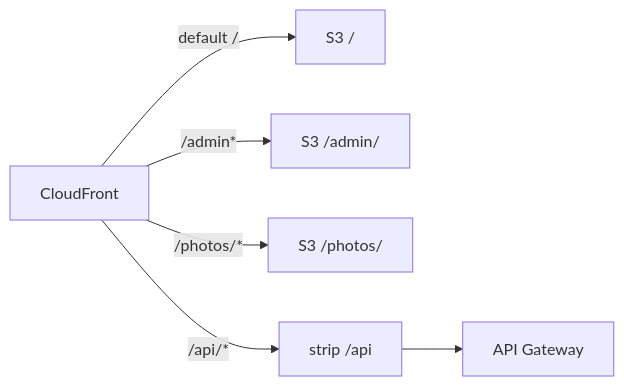
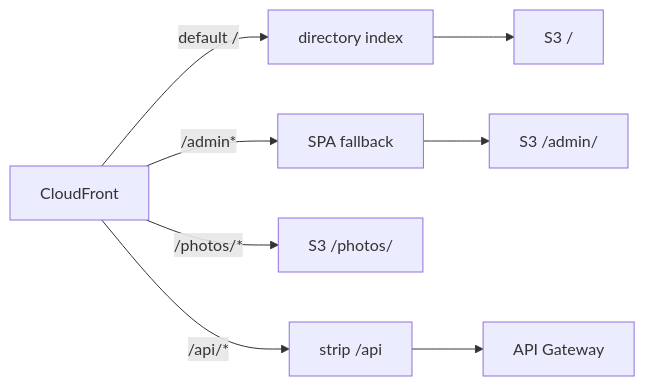
One commit to vasichkin/aws-zero-cost-hosting changed the second of 5 diagrams in docs/DEPLOYMENT.md. Above: the diagram before and after it, drawn with Mermaid. The commit also changed other lines of this file and 15 other files, not shown here.

````diff
--- a/docs/DEPLOYMENT.md
+++ b/docs/DEPLOYMENT.md
@@ -93,7 +99,7 @@
 ```mermaid
 flowchart LR
-  CF[CloudFront] -->|default /| S3Site["S3 /"]
-  CF -->|/admin*| S3Admin["S3 /admin/"]
+  CF[CloudFront] -->|default /| Idx["directory index"] --> S3Site["S3 /"]
+  CF -->|/admin*| Spa["SPA fallback"] --> S3Admin["S3 /admin/"]
   CF -->|/photos/*| S3Photos["S3 /photos/"]
   CF -->|/api/*| Fn["strip /api"] --> APIGW["API Gateway"]
 ```
````
